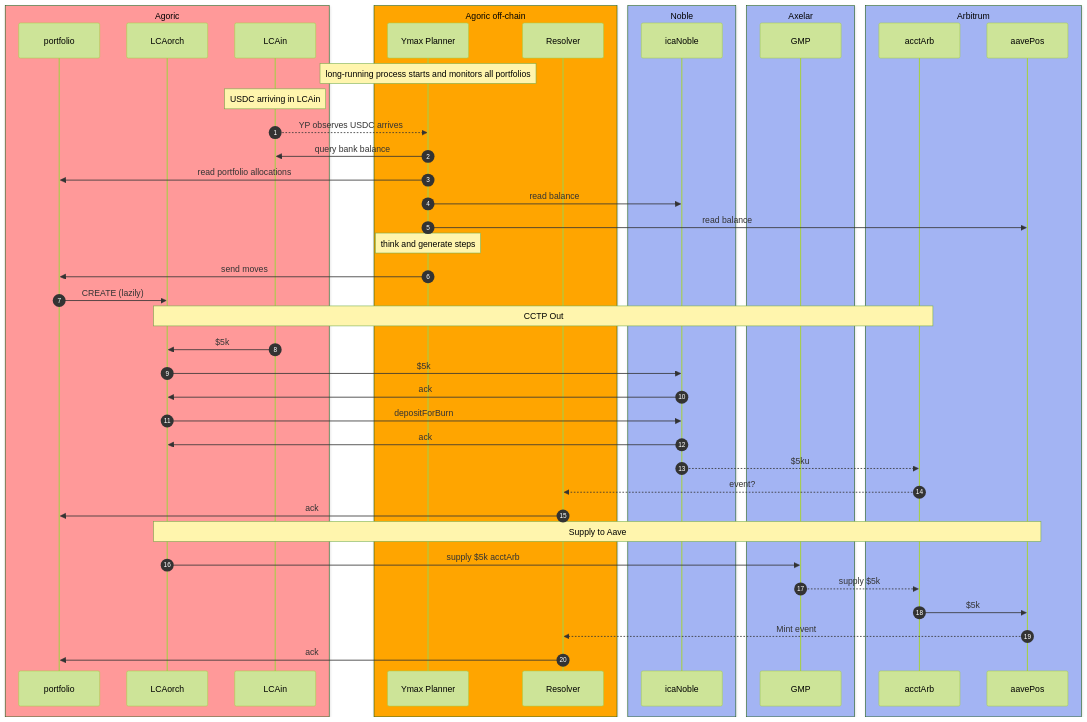
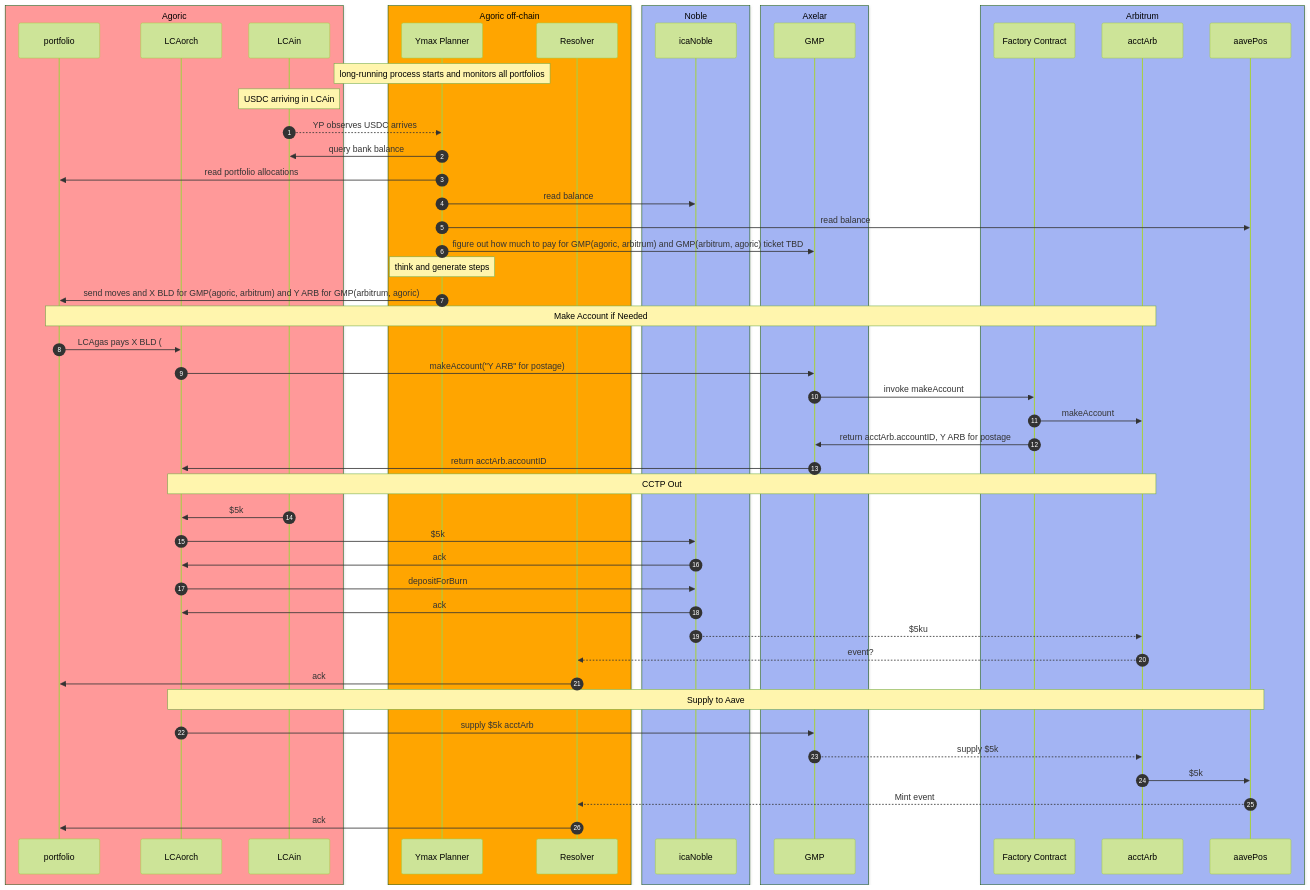
One commit to Agoric/agoric-sdk changed the fifth of 7 diagrams in packages/portfolio-contract/DESIGN-BETA.md. Above: the diagram before and after it, drawn with Mermaid (forest theme). The commit also changed other lines of this file, not shown here.

Commit message:
docs(portfolio-contract): add details for makeAccount (#11772)
Follow up to ymax discussion yesterday

## Description
Add detailed steps for makeAccount

### Security Considerations
N/A

### Scaling Considerations
N/A

### Documentation Considerations
N/A

### Testing Considerations
N/A

### Upgrade Considerations
N/A

````diff
--- a/packages/portfolio-contract/DESIGN-BETA.md
+++ b/packages/portfolio-contract/DESIGN-BETA.md
@@ -79,58 +79,66 @@
 ```mermaid
 sequenceDiagram
   autonumber
 
   box rgb(255,153,153) Agoric
     participant portfolio
     participant LCAorch
     participant LCAin
   end
 
   box  rgb(255,165,0) Agoric off-chain
     participant YP as Ymax Planner
     participant Res as Resolver
   end
 
   box rgb(163,180,243) Noble
     participant icaN as icaNoble
   end
 
   box rgb(163,180,243) Axelar
     participant AX as GMP
   end
 
   box rgb(163,180,243) Arbitrum
+    participant factory as Factory Contract
     participant acctArb
     participant aavePos
   end
 
   %% Notation: ->> for initial message, -->> for consequences
 
   Note over YP: long-running process starts and monitors all portfolios
   Note over LCAin: USDC arriving in LCAin
   LCAin -->> YP: YP observes USDC arrives
   YP ->> LCAin: query bank balance
   YP ->> portfolio: read portfolio allocations
   YP ->> icaN: read balance
   YP ->> aavePos: read balance
+  YP ->> AX: figure out how much to pay for GMP(agoric, arbitrum) and GMP(arbitrum, agoric) ticket TBD
   Note over YP: think and generate steps
-  YP ->> portfolio: send moves
-  portfolio ->> LCAorch: CREATE (lazily)
+  YP ->> portfolio: send moves and X BLD for GMP(agoric, arbitrum) and Y ARB for GMP(arbitrum, agoric)
+  Note over portfolio, acctArb: Make Account if Needed
+  portfolio ->> LCAorch: LCAgas pays X BLD (#11781)
+  LCAorch ->> AX: makeAccount("Y ARB" for postage)
+  AX ->> factory: invoke makeAccount
+  factory ->> acctArb: makeAccount
+  factory ->> AX: return acctArb.accountID, Y ARB for postage
+  AX ->> LCAorch: return acctArb.accountID
 
   Note over LCAorch, acctArb: CCTP Out
   LCAin ->> LCAorch: $5k
   LCAorch ->> icaN: $5k
   icaN ->> LCAorch: ack
   LCAorch ->> icaN: depositForBurn
   icaN ->> LCAorch: ack
   icaN -->> acctArb: $5ku
   acctArb -->> Res: event?
   Res ->> portfolio: ack
 
   Note over LCAorch, aavePos: Supply to Aave
   LCAorch ->> AX: supply $5k acctArb
   AX -->> acctArb: supply $5k
   acctArb ->> aavePos: $5k
   aavePos -->> Res: Mint event
   Res ->> portfolio: ack
 ```
````
